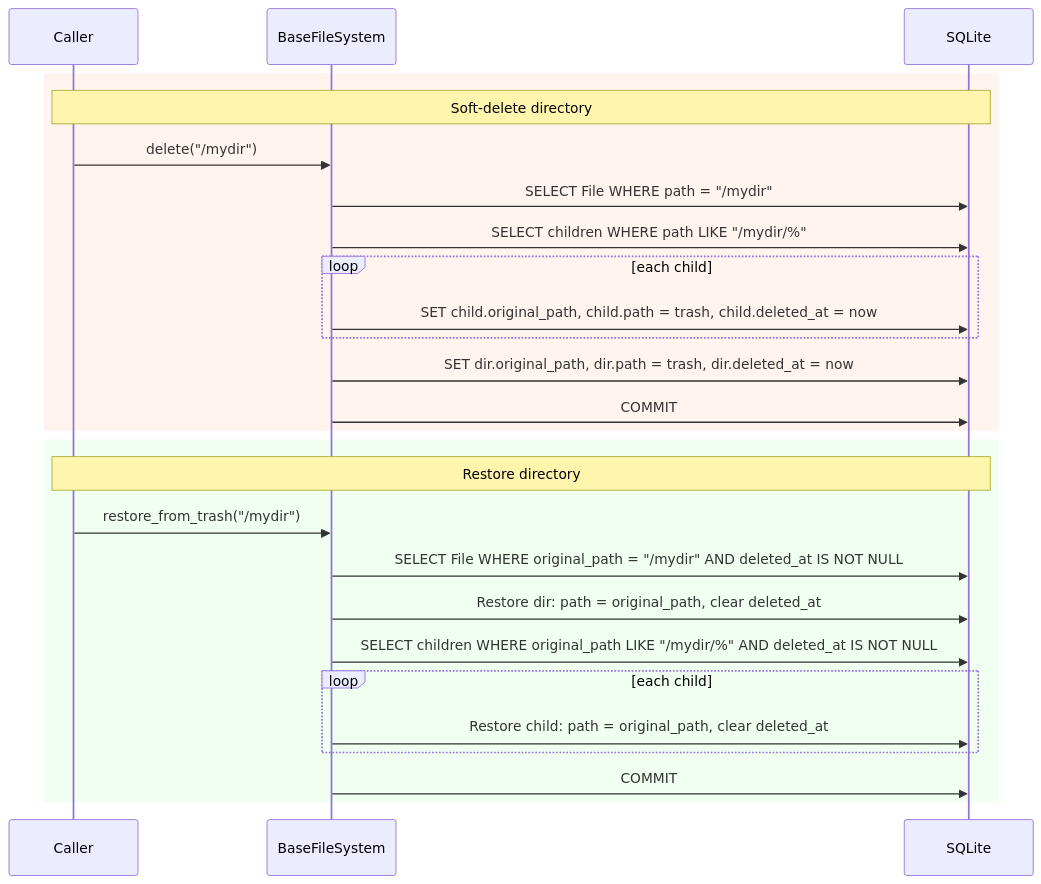
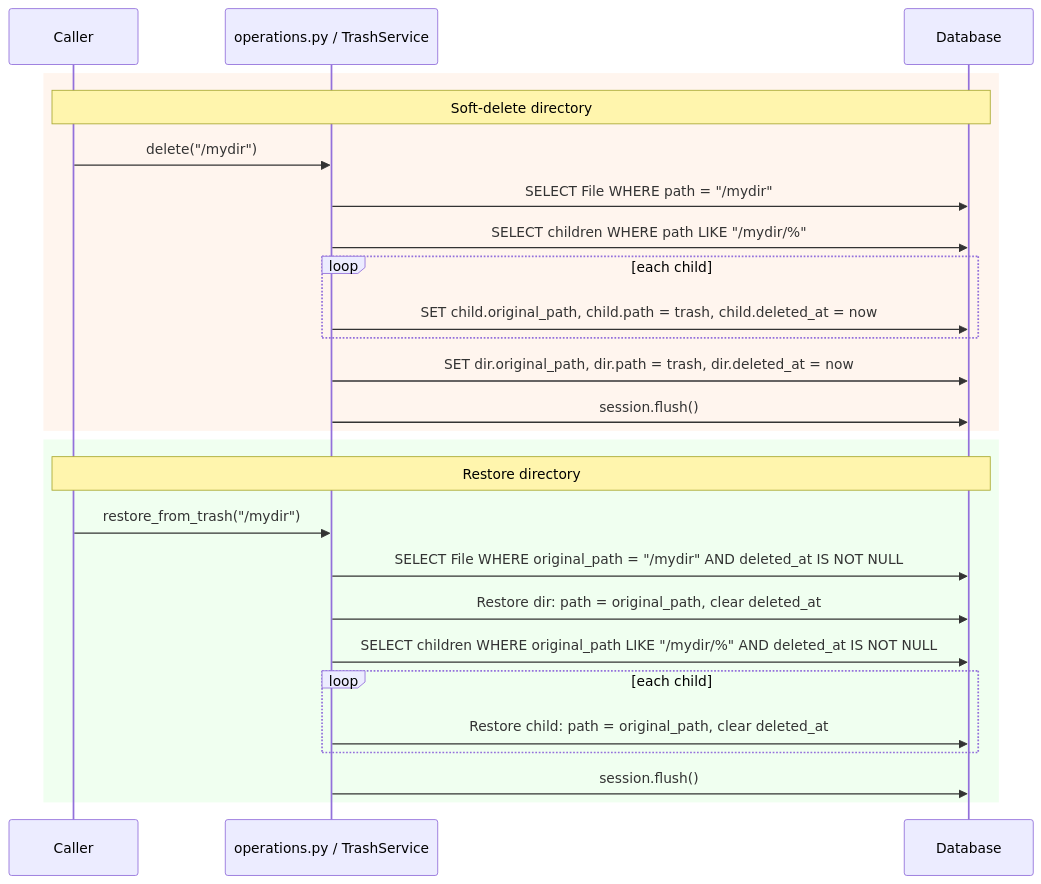
The sixth of 9 diagrams in docs/fs_architecture.md (ClayGendron/grover), drawn with Mermaid before and after one commit. The commit also changed other lines of this file and 23 other files, not shown here.

First line of the commit message:
Replace BaseFileSystem ABC with composition + capability protocols

````diff
--- a/docs/fs_architecture.md
+++ b/docs/fs_architecture.md
@@ -284,30 +328,30 @@
 ```mermaid
 sequenceDiagram
     participant C as Caller
-    participant BFS as BaseFileSystem
-    participant DB as SQLite
+    participant Ops as operations.py / TrashService
+    participant DB as Database
 
     rect rgb(255, 245, 238)
         Note over C,DB: Soft-delete directory
-        C->>BFS: delete("/mydir")
-        BFS->>DB: SELECT File WHERE path = "/mydir"
-        BFS->>DB: SELECT children WHERE path LIKE "/mydir/%"
+        C->>Ops: delete("/mydir")
+        Ops->>DB: SELECT File WHERE path = "/mydir"
+        Ops->>DB: SELECT children WHERE path LIKE "/mydir/%"
         loop each child
-            BFS->>DB: SET child.original_path, child.path = trash, child.deleted_at = now
+            Ops->>DB: SET child.original_path, child.path = trash, child.deleted_at = now
         end
-        BFS->>DB: SET dir.original_path, dir.path = trash, dir.deleted_at = now
-        BFS->>DB: COMMIT
+        Ops->>DB: SET dir.original_path, dir.path = trash, dir.deleted_at = now
+        Ops->>DB: session.flush()
     end
 
     rect rgb(240, 255, 240)
         Note over C,DB: Restore directory
-        C->>BFS: restore_from_trash("/mydir")
-        BFS->>DB: SELECT File WHERE original_path = "/mydir" AND deleted_at IS NOT NULL
-        BFS->>DB: Restore dir: path = original_path, clear deleted_at
-        BFS->>DB: SELECT children WHERE original_path LIKE "/mydir/%" AND deleted_at IS NOT NULL
+        C->>Ops: restore_from_trash("/mydir")
+        Ops->>DB: SELECT File WHERE original_path = "/mydir" AND deleted_at IS NOT NULL
+        Ops->>DB: Restore dir: path = original_path, clear deleted_at
+        Ops->>DB: SELECT children WHERE original_path LIKE "/mydir/%" AND deleted_at IS NOT NULL
         loop each child
-            BFS->>DB: Restore child: path = original_path, clear deleted_at
+            Ops->>DB: Restore child: path = original_path, clear deleted_at
         end
-        BFS->>DB: COMMIT
+        Ops->>DB: session.flush()
     end
 ```
````
